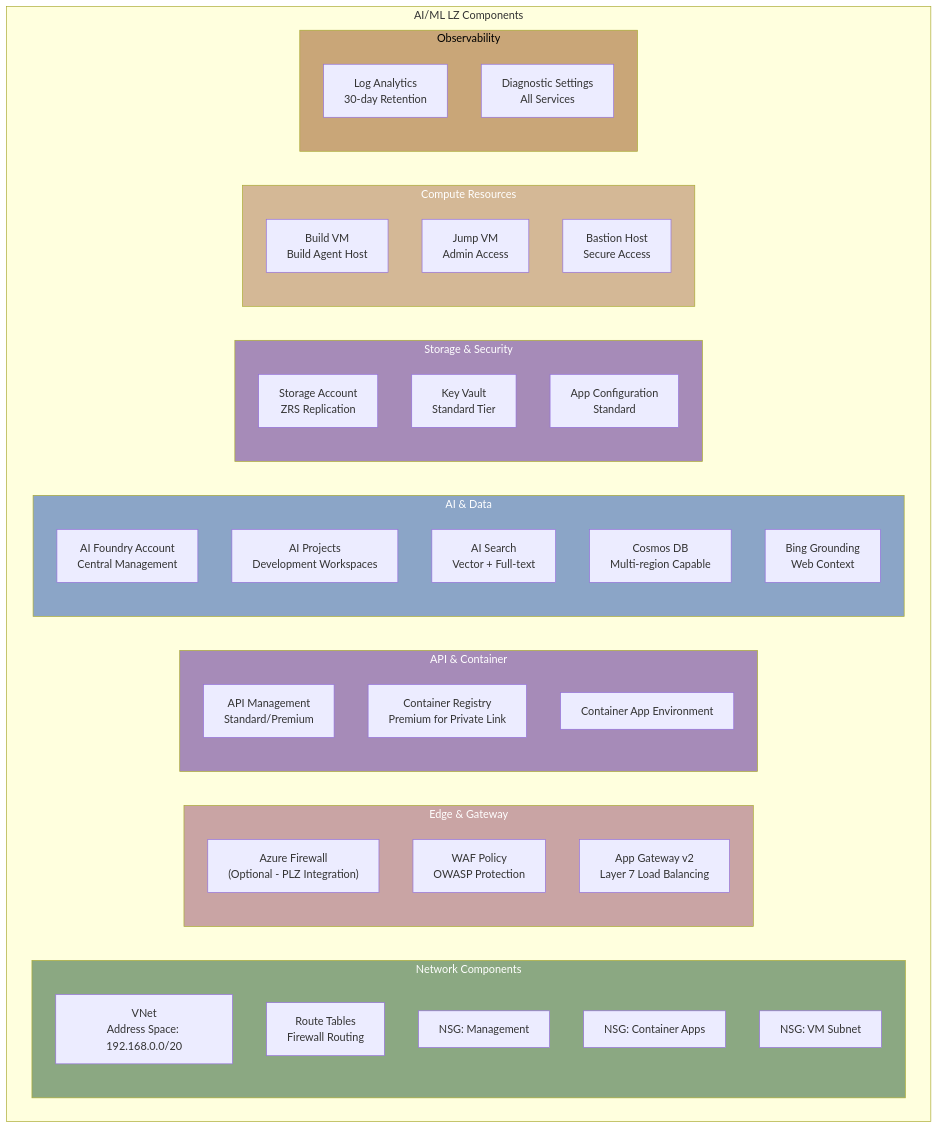
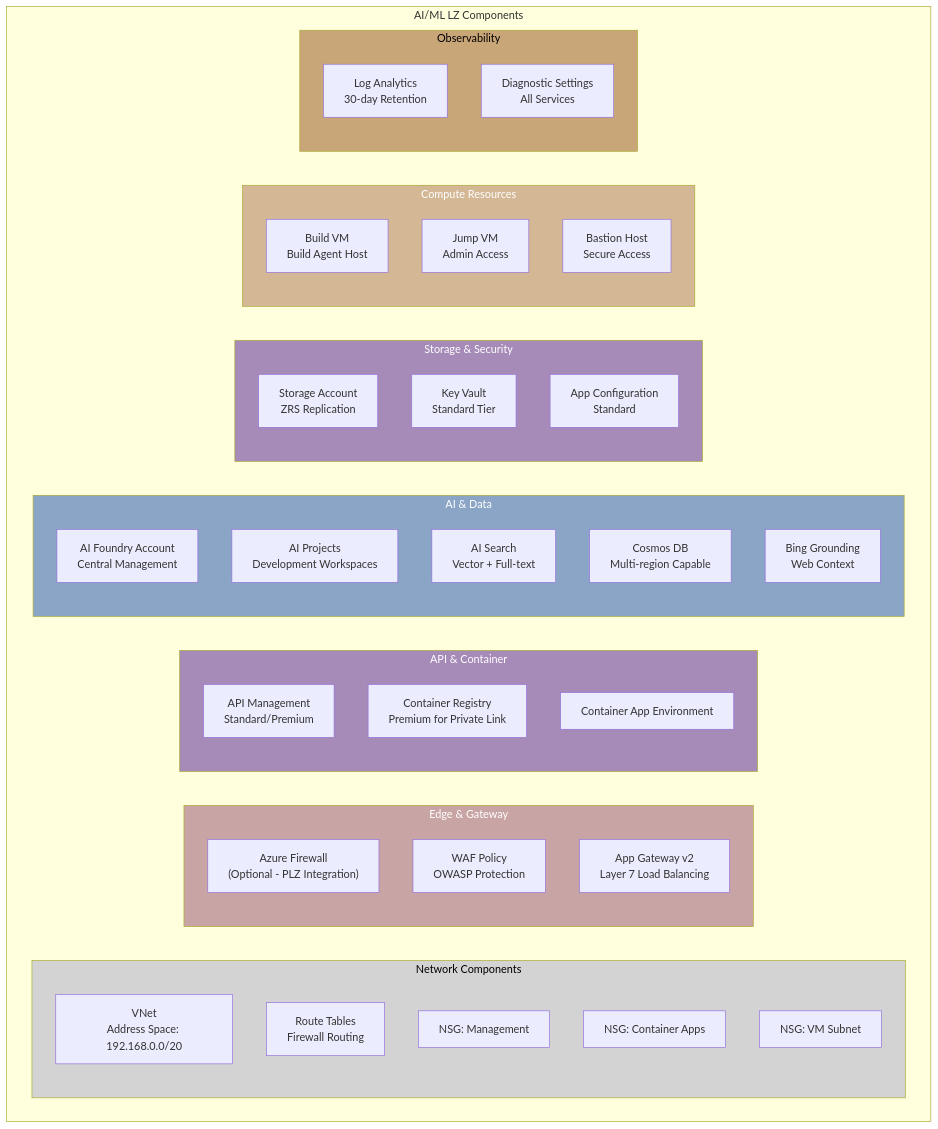
One commit to Azure/terraform-azurerm-avm-ptn-aiml-landing-zone changed the second of 7 diagrams in ARCHITECTURE_DIAGRAM.md. Above: the diagram before and after it, drawn with Mermaid. The commit also changed other lines of this file, not shown here.

Commit message:
fix: update styles in architecture diagram for consistency

````diff
--- a/ARCHITECTURE_DIAGRAM.md
+++ b/ARCHITECTURE_DIAGRAM.md
@@ -148,58 +148,58 @@
 ```mermaid
 graph TB
     subgraph LZA["AI/ML LZ Components"]
 
         subgraph NetComp["Network Components"]
             VN["VNet<br/>Address Space: 192.168.0.0/20"]
             RF["Route Tables<br/>Firewall Routing"]
             NSG1["NSG: Management"]
             NSG2["NSG: Container Apps"]
             NSG3["NSG: VM Subnet"]
         end
 
         subgraph EdgeComp["Edge & Gateway"]
             WF["Azure Firewall<br/>(Optional - PLZ Integration)"]
             WAF["WAF Policy<br/>OWASP Protection"]
             AG["App Gateway v2<br/>Layer 7 Load Balancing"]
         end
 
         subgraph APIComp["API & Container"]
             APIM["API Management<br/>Standard/Premium"]
             ACR["Container Registry<br/>Premium for Private Link"]
             CAE["Container App Environment"]
         end
 
         subgraph AIComp["AI & Data"]
             AIH["AI Foundry Account<br/>Central Management"]
             AIP["AI Projects<br/>Development Workspaces"]
             AIS["AI Search<br/>Vector + Full-text"]
             COSMOSDB["Cosmos DB<br/>Multi-region Capable"]
             BING["Bing Grounding<br/>Web Context"]
         end
 
         subgraph StorageComp["Storage & Security"]
             ST["Storage Account<br/>ZRS Replication"]
             KVT["Key Vault<br/>Standard Tier"]
             CONF["App Configuration<br/>Standard"]
         end
 
         subgraph ComputeComp["Compute Resources"]
             BVVM["Build VM<br/>Build Agent Host"]
             JVVM["Jump VM<br/>Admin Access"]
             BASTNHOST["Bastion Host<br/>Secure Access"]
         end
 
         subgraph ObsComp["Observability"]
             LAWSP["Log Analytics<br/>30-day Retention"]
             DIAGSET["Diagnostic Settings<br/>All Services"]
         end
     end
 
-    style NetComp fill:#8BA882,color:#fff
+    style NetComp fill:#D3D3D3,color:#000
     style EdgeComp fill:#C9A4A4,color:#fff
     style APIComp fill:#A68BB8,color:#fff
     style AIComp fill:#8BA5C7,color:#fff
     style StorageComp fill:#A68BB8,color:#fff
     style ComputeComp fill:#D4B896,color:#fff
     style ObsComp fill:#C9A678,color:#000
 ```
````
